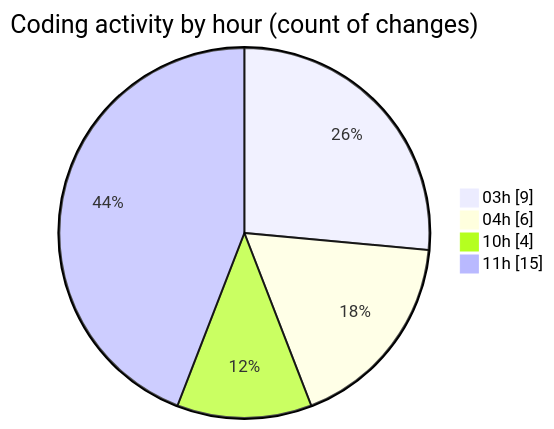
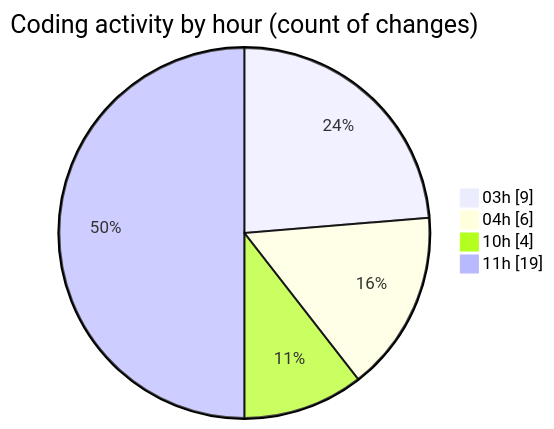
Before and after one commit to julien-gomy/code-tracking: the second of 2 diagrams in 2025-10-30/eventscop-frontend-guide__workspace_/README.md, drawn with Mermaid. The commit also changed other lines of this file and 1 other file, not shown here.

````diff
--- a/2025-10-30/eventscop-frontend-guide__workspace_/README.md
+++ b/2025-10-30/eventscop-frontend-guide__workspace_/README.md
@@ -39,8 +40,8 @@
 ```mermaid
 pie showData
 title Coding activity by hour (count of changes)
 "03h" : 9
 "04h" : 6
 "10h" : 4
-"11h" : 15
+"11h" : 19
 ```
````
